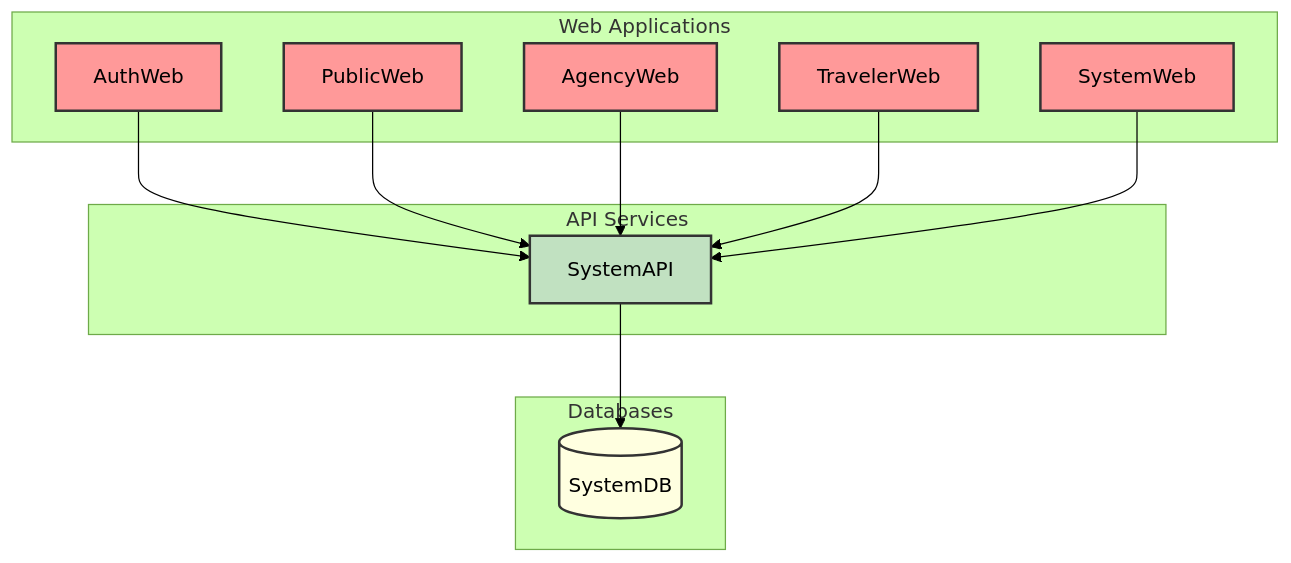
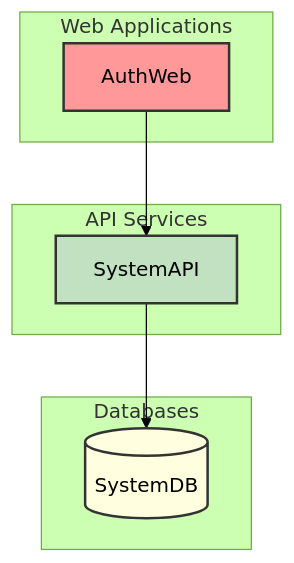
The first of 2 diagrams in profile/1-analysis/5_0-astrobookings-authentication-domain.md (AstroBookings/.github), drawn with Mermaid (forest theme) before and after one commit. The commit also changed other lines of this file and 1 other file, not shown here.

````diff
--- a/profile/1-analysis/5_0-astrobookings-authentication-domain.md
+++ b/profile/1-analysis/5_0-astrobookings-authentication-domain.md
@@ -69,36 +66,28 @@
 ```mermaid
 graph TD
     subgraph Web Applications
         AuthWeb[AuthWeb]
-        PublicWeb[PublicWeb]
-        AgencyWeb[AgencyWeb]
-        TravelerWeb[TravelerWeb]
-        SystemWeb[SystemWeb]
     end
 
     subgraph API Services
         SystemAPI[SystemAPI]
     end
 
     subgraph Databases
         SystemDB[(SystemDB)]
     end
 
     %% Web to API connections
     AuthWeb --> SystemAPI
-    PublicWeb --> SystemAPI
-    AgencyWeb --> SystemAPI
-    TravelerWeb --> SystemAPI
-    SystemWeb --> SystemAPI
 
     %% API to Database connection
     SystemAPI --> SystemDB
 
     %% Style
     classDef web fill:#FF9999,stroke:#333,stroke-width:2px;
     classDef api fill:#C1E1C1,stroke:#333,stroke-width:2px;
     classDef db fill:#FFFFE0,stroke:#333,stroke-width:2px;
-    class AuthWeb,PublicWeb,AgencyWeb,TravelerWeb,SystemWeb web;
+    class AuthWeb web;
     class SystemAPI api;
     class SystemDB db;
 ```
````
